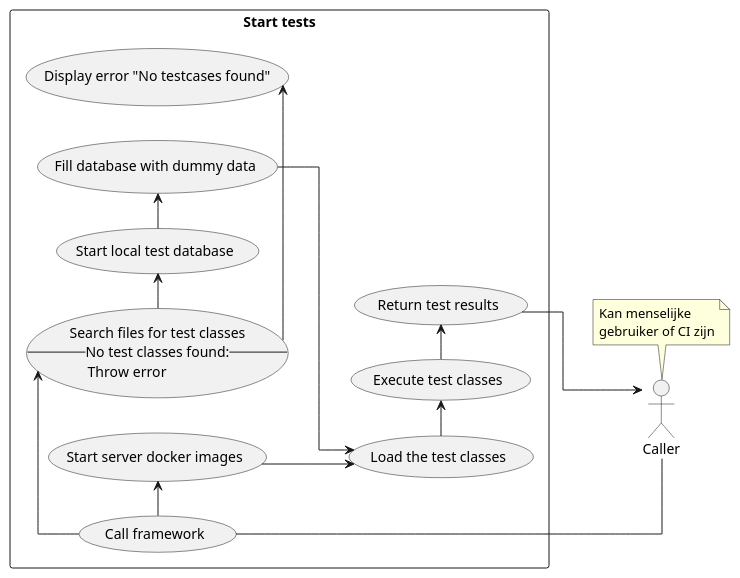
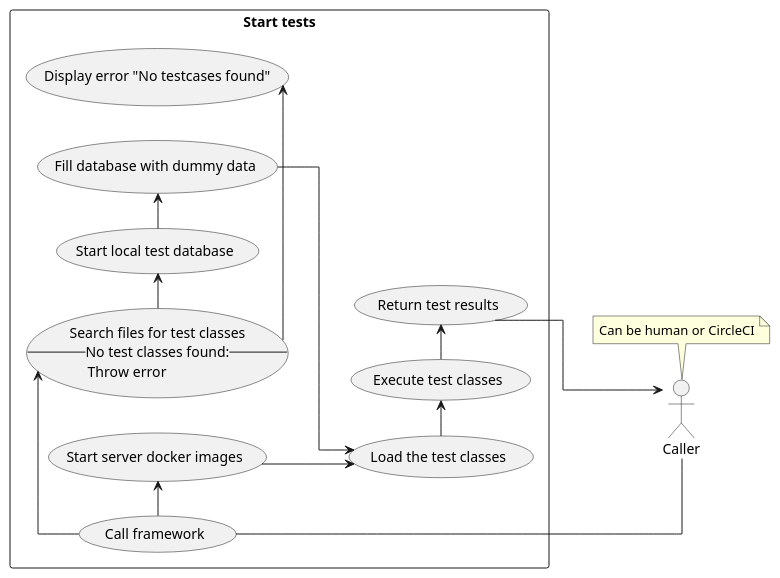
The diagram in Scenarios/StartTests.plantuml (dannypas00/bouw7-uml), drawn with PlantUML before and after one commit. The commit also changed 3 other files, not shown here.

Commit message:
Updated component diagram

```diff
--- a/Scenarios/StartTests.plantuml
+++ b/Scenarios/StartTests.plantuml
@@ -1,36 +1,36 @@
 @startuml usecase
 left to right direction
 skinparam linetype ortho
 
 actor caller as "Caller"
 
-note top of caller: Kan menselijke\ngebruiker of CI zijn
+note top of caller: Can be human or CircleCI
 
 rectangle "Start tests" {
     usecase start as "Call framework"
     usecase search as "Search files for test classes
     --No test classes found:--
     Throw error"
     usecase db as "Start local test database"
     usecase init as "Fill database with dummy data"
     usecase servers as "Start server docker images"
     usecase load as "Load the test classes"
     usecase execute as "Execute test classes"
     usecase return as "Return test results"
     usecase error as "Display error "No testcases found""
 }
 
 caller -- start
 search -> error
 
 start -> search
 search -> db
 db -> init
 start -> servers
 servers --> load
 init --> load
 load -> execute
 execute -> return
 return --> caller
 
 @enduml
```
